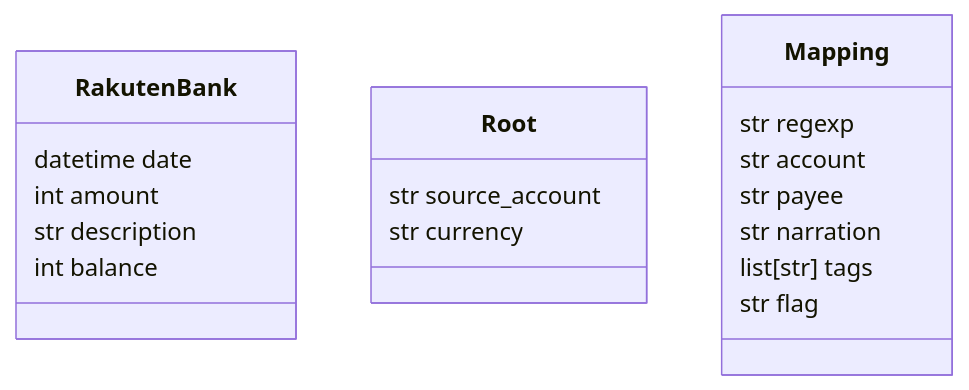
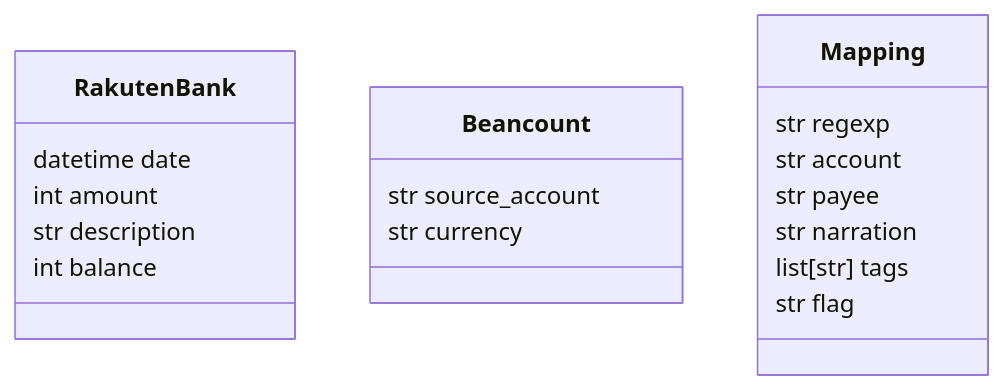
Before and after one commit to rlan/beancount-multitool: the second of 2 diagrams in docs/docs/reference/data_model.md, drawn with Mermaid. The commit also changed 13 other files, not shown here.

````diff
--- a/docs/docs/reference/data_model.md
+++ b/docs/docs/reference/data_model.md
@@ -37,23 +37,23 @@
 ```mermaid
 classDiagram
     class RakutenBank{
         datetime date
         int amount
         str description
         int balance
     }
 
-    class Root{
+    class Beancount{
         str source_account
         str currency
     }
 
     class Mapping{
         str regexp
         str account
         str payee
         str narration
         list[str] tags
         str flag
     }
 ```
````
